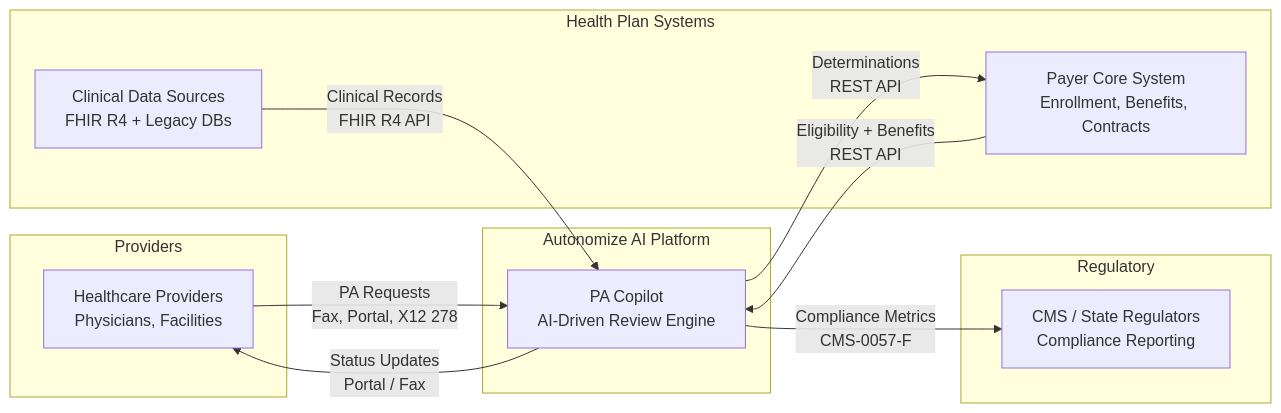
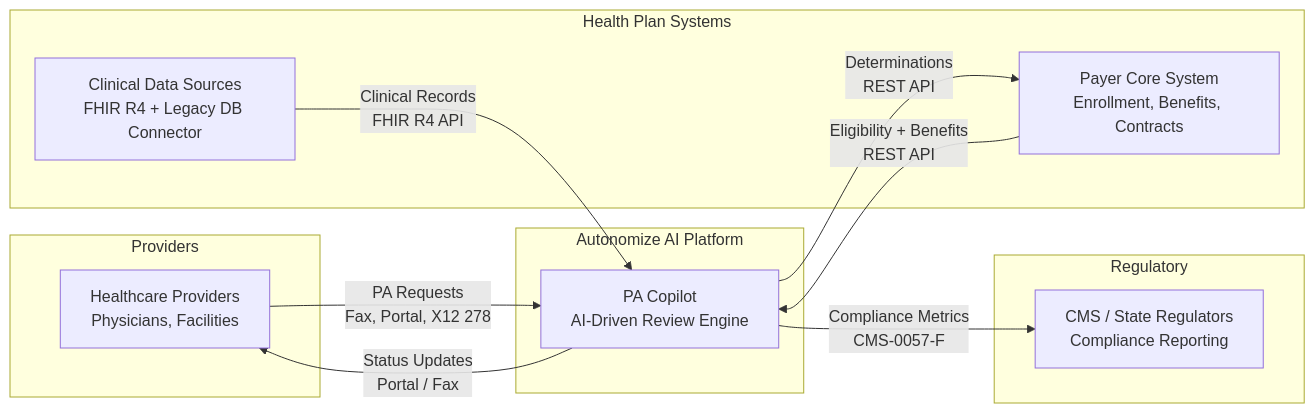
The diagram in docs/architecture/diagrams/01-system-context.mmd (praeducer/autonomize-healthcare-ai-demo), drawn with Mermaid before and after one commit. The commit also changed 22 other files, not shown here.

First line of the commit message:
docs: add deck generation pipeline, fix cross-doc consistency, re-render all diagrams

```diff
--- a/docs/architecture/diagrams/01-system-context.mmd
+++ b/docs/architecture/diagrams/01-system-context.mmd
@@ -1,24 +1,24 @@
 flowchart LR
     subgraph "Providers"
         PROV["Healthcare Providers<br/>Physicians, Facilities"]
     end
 
     subgraph "Health Plan Systems"
         CORE["Payer Core System<br/>Enrollment, Benefits, Contracts"]
-        CLIN["Clinical Data Sources<br/>FHIR R4 + Legacy DBs"]
+        CLIN["Clinical Data Sources<br/>FHIR R4 + Legacy DB Connector"]
     end
 
     subgraph "Autonomize AI Platform"
         PA_COPILOT["PA Copilot<br/>AI-Driven Review Engine"]
     end
 
     subgraph "Regulatory"
         CMS["CMS / State Regulators<br/>Compliance Reporting"]
     end
 
     PROV -->|"PA Requests<br/>Fax, Portal, X12 278"| PA_COPILOT
     CORE -->|"Eligibility + Benefits<br/>REST API"| PA_COPILOT
     CLIN -->|"Clinical Records<br/>FHIR R4 API"| PA_COPILOT
     PA_COPILOT -->|"Determinations<br/>REST API"| CORE
     PA_COPILOT -->|"Compliance Metrics<br/>CMS-0057-F"| CMS
     PA_COPILOT -->|"Status Updates<br/>Portal / Fax"| PROV
```
